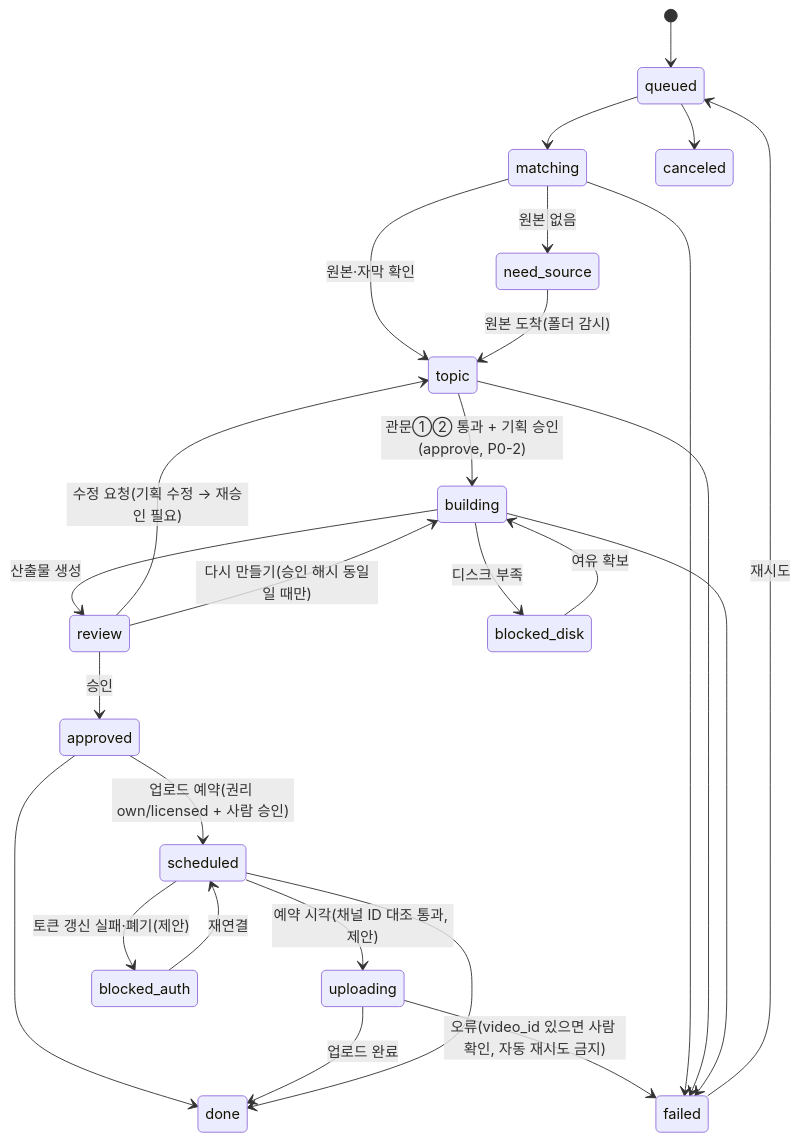
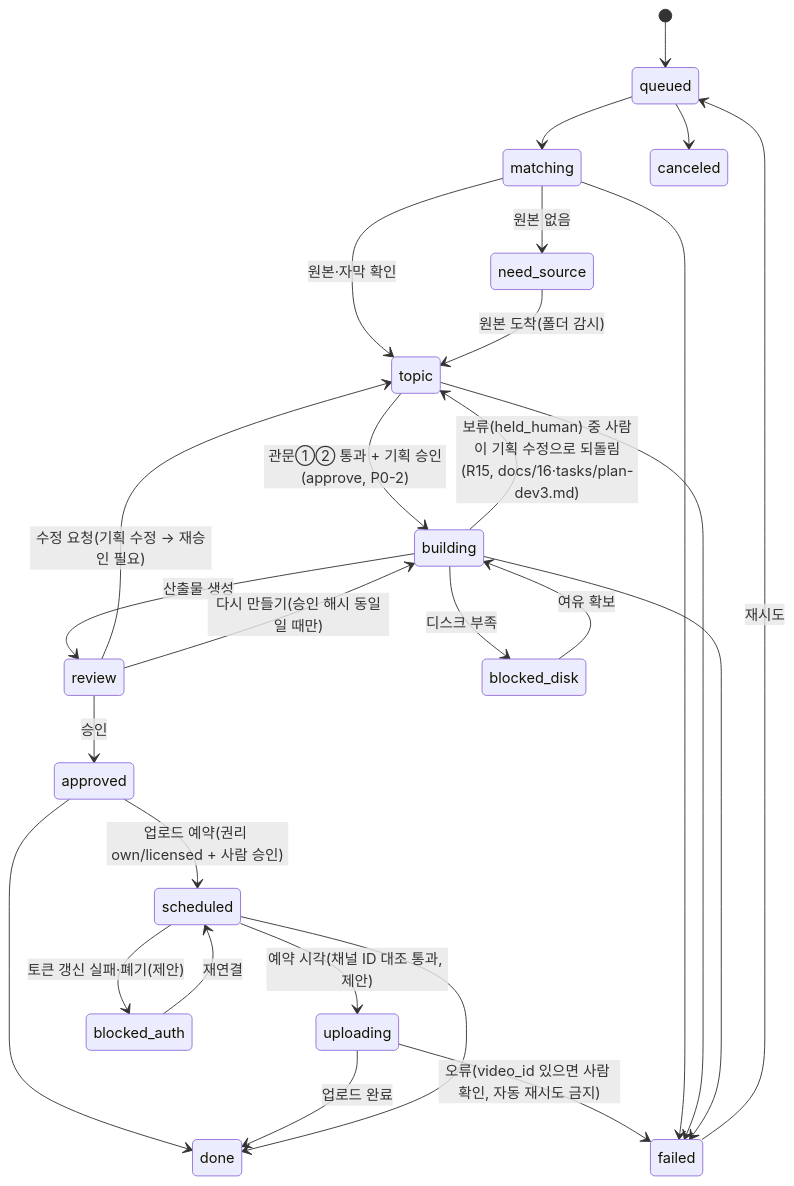
One commit to DevOps0906/CineDram-Studio changed the diagram in docs/01-상태머신과데이터모델.md. Above: the diagram before and after it, drawn with Mermaid. The commit also changed 48 other files, not shown here.

````diff
--- a/docs/01-상태머신과데이터모델.md
+++ b/docs/01-상태머신과데이터모델.md
@@ -20,28 +20,29 @@
 ```mermaid
 stateDiagram-v2
     [*] --> queued
     queued --> matching
     matching --> need_source: 원본 없음
     matching --> topic: 원본·자막 확인
     need_source --> topic: 원본 도착(폴더 감시)
     topic --> building: 관문①② 통과 + 기획 승인(approve, P0-2)
     building --> review: 산출물 생성
+    building --> topic: 보류(held_human) 중 사람이 기획 수정으로 되돌림(R15, docs/16·tasks/plan-dev3.md)
     building --> blocked_disk: 디스크 부족
     blocked_disk --> building: 여유 확보
     review --> approved: 승인
     review --> topic: 수정 요청(기획 수정 → 재승인 필요)
     review --> building: 다시 만들기(승인 해시 동일일 때만)
     approved --> scheduled: 업로드 예약(권리 own/licensed + 사람 승인)
     approved --> done
     scheduled --> uploading: 예약 시각(채널 ID 대조 통과, 제안)
     scheduled --> blocked_auth: 토큰 갱신 실패·폐기(제안)
     blocked_auth --> scheduled: 재연결
     uploading --> done: 업로드 완료
     uploading --> failed: 오류(video_id 있으면 사람 확인, 자동 재시도 금지)
     scheduled --> done
     queued --> canceled
     matching --> failed
     topic --> failed
     building --> failed
     failed --> queued: 재시도
 ```
````
